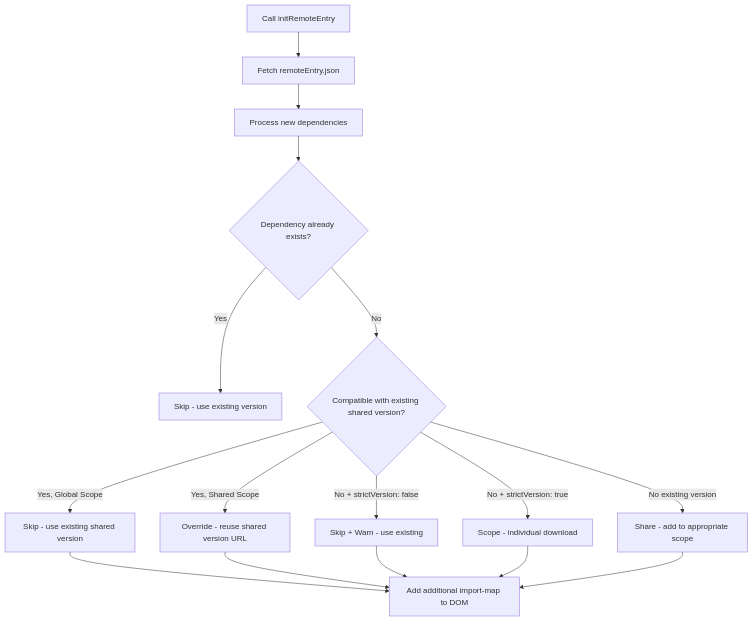
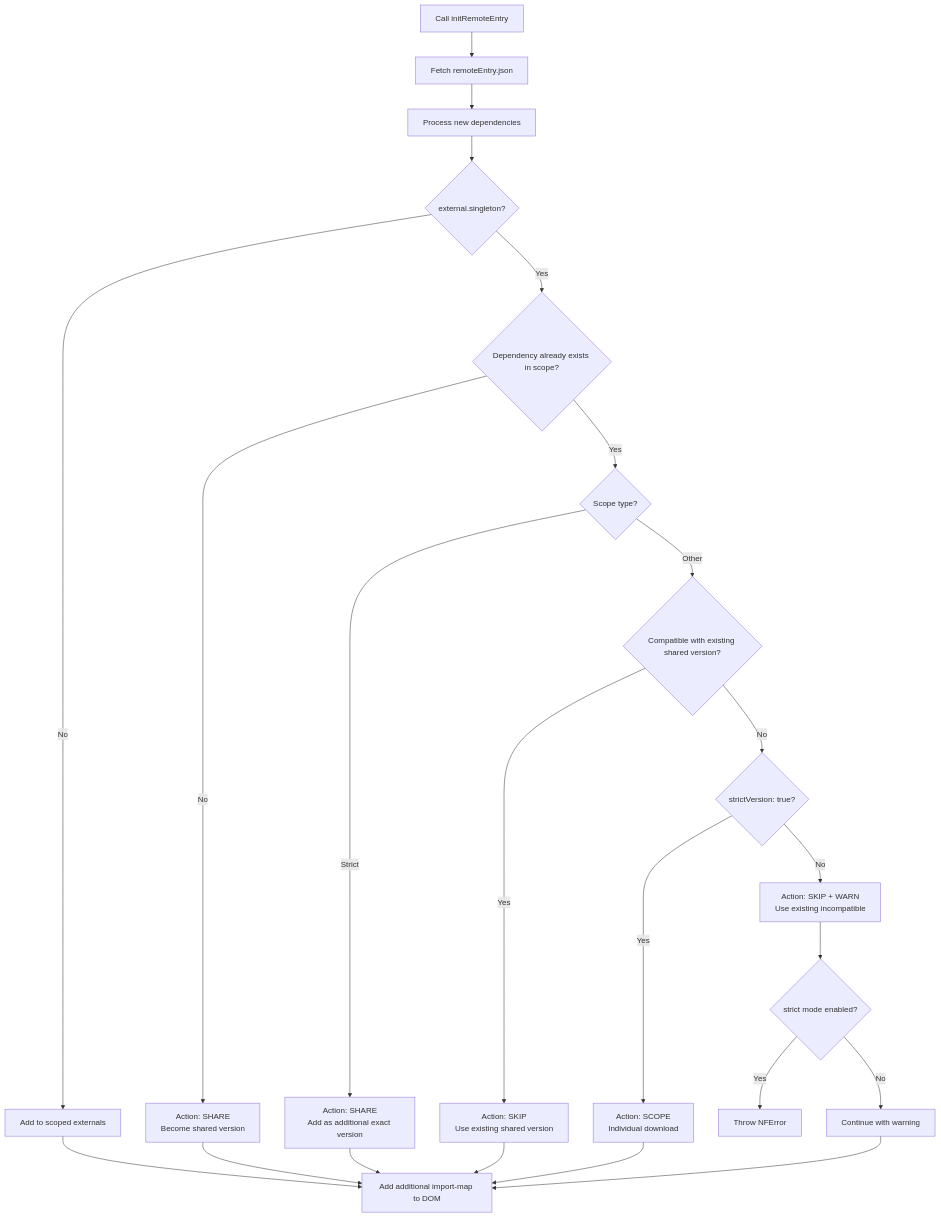
One commit to topicusonderwijs/vanilla-native-federation changed the fourth of 7 diagrams in docs/version-resolver.md. Above: the diagram before and after it, drawn with Mermaid. The commit also changed other lines of this file and 4 other files, not shown here.

````diff
--- a/docs/version-resolver.md
+++ b/docs/version-resolver.md
@@ -353,19 +359,27 @@
 ```mermaid
 flowchart TD
     A[Call initRemoteEntry] --> B[Fetch remoteEntry.json]
     B --> C[Process new dependencies]
-    C --> D{Dependency already exists?}
-    D -->|Yes| E[Skip - use existing version]
-    D -->|No| F{Compatible with existing shared version?}
-    F -->|Yes, Global Scope| G[Skip - use existing shared version]
-    F -->|Yes, Shared Scope| H[Override - reuse shared version URL]
-    F -->|No + strictVersion: false| I[Skip + Warn - use existing]
-    F -->|No + strictVersion: true| J[Scope - individual download]
-    F -->|No existing version| K[Share - add to appropriate scope]
+    C --> D{external.singleton?}
+    D -->|No| E[Add to scoped externals]
+    D -->|Yes| F{Dependency already exists in scope?}
+    F -->|No| G[Action: SHARE<br/>Become shared version]
+    F -->|Yes| H{Scope type?}
+    H -->|Strict| I[Action: SHARE<br/>Add as additional exact version]
+    H -->|Other| J{Compatible with existing shared version?}
+    J -->|Yes| K[Action: SKIP<br/>Use existing shared version]
+    J -->|No| L{strictVersion: true?}
+    L -->|Yes| M[Action: SCOPE<br/>Individual download]
+    L -->|No| N[Action: SKIP + WARN<br/>Use existing incompatible]
 
-    G --> L[Add additional import-map to DOM]
-    H --> L
-    I --> L
-    J --> L
-    K --> L
+    N --> O{strict mode enabled?}
+    O -->|Yes| P[Throw NFError]
+    O -->|No| Q[Continue with warning]
+
+    E --> R[Add additional import-map to DOM]
+    G --> R
+    I --> R
+    K --> R
+    M --> R
+    Q --> R
 ```
````
